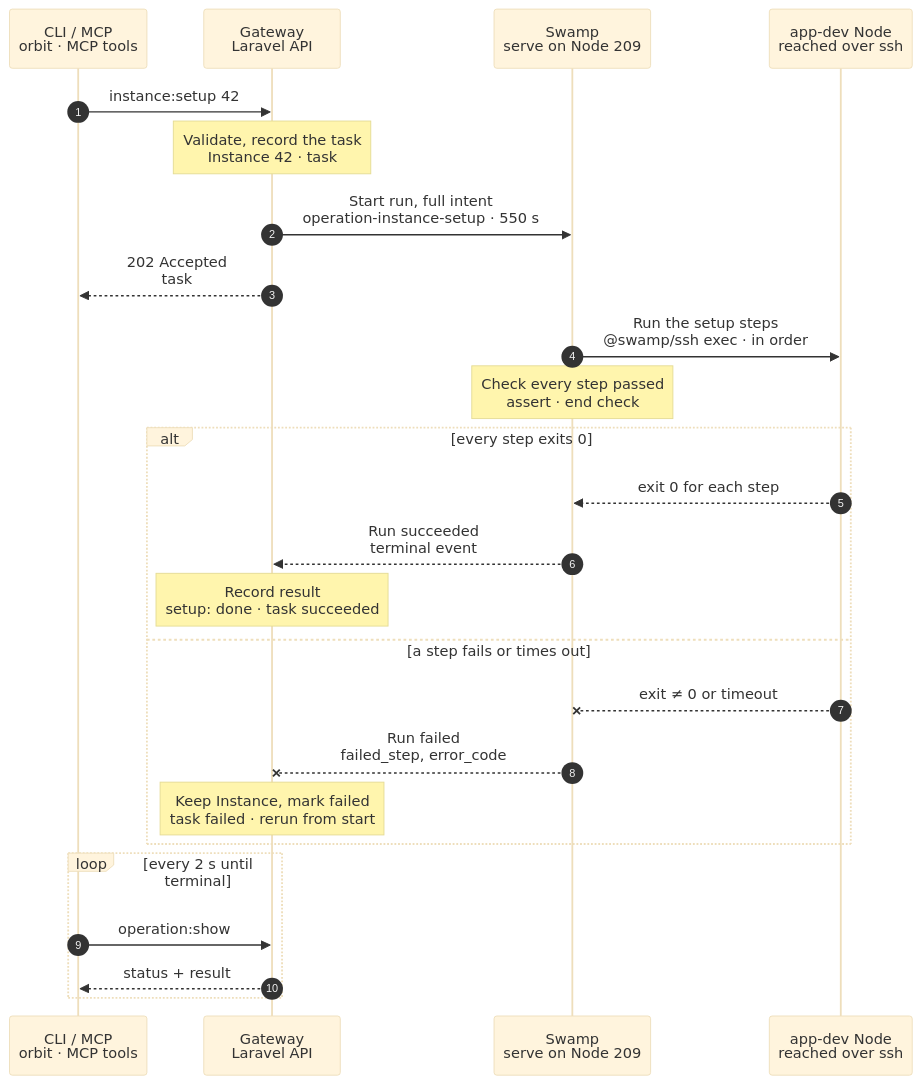
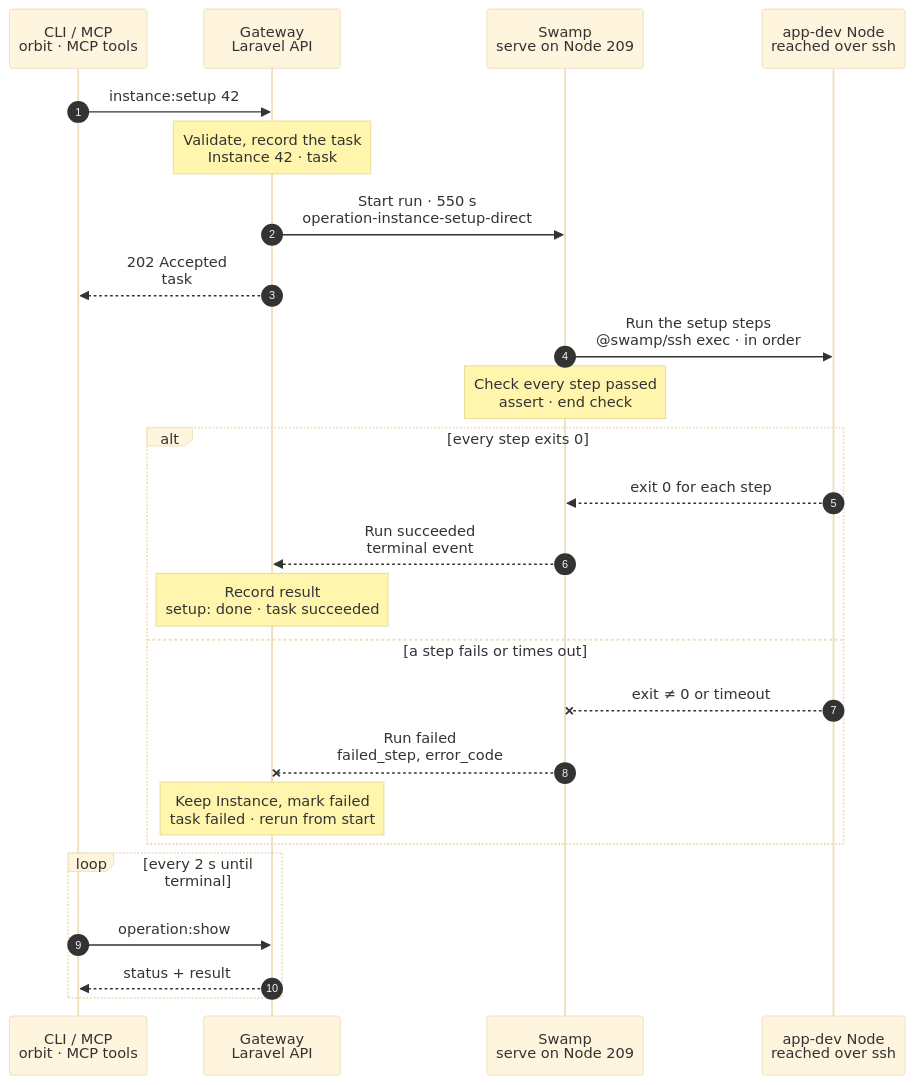
The diagram in docs/cli/instance/setup.mmd (hardimpactdev/orbit), drawn with Mermaid (base theme) before and after one commit. The commit also changed 56 other files, not shown here.

```diff
--- a/docs/cli/instance/setup.mmd
+++ b/docs/cli/instance/setup.mmd
@@ -1,114 +1,114 @@
 sequenceDiagram
   %% Target design: ADR 0244 task, R2-R4 (process.stop shape: 209, @swamp/ssh, full intent as inputs), DECISIONS instance.run_steps (commands as inputs, sudo -u intent account, terminal projection, no API reads). docs/reference/instance-setup.md.
   %% Tightened: flow-tighten 2026-11-02, rules 5, 14, 15, 22 (no script read, no checkout check, no report or assert step).
   %% status: migrated
   %% command: instance:setup
   %% kind: instance.run_steps
   autonumber
   %% lane CLI icon=terminal pill=caller tone=gray
   %% lane GW icon=gateway pill=intent tone=blue
   %% lane SW icon=workflow pill=executes tone=green
   %% lane N icon=server pill=target tone=amber
   participant CLI as CLI / MCP<br/>orbit · MCP tools
   participant GW as Gateway<br/>Laravel API
   participant SW as Swamp<br/>serve on Node 209
   participant N as app-dev Node<br/>reached over ssh
   CLI->>GW: instance:setup 42
   %%> Command:
   %%> - `orbit instance:setup 42`
   %%> - syntax: `instance:setup <instance> [--idempotency-key=KEY] [--json]`
   %%> Input:
   %%> - the numeric Instance ID
   %%> Who can call it:
   %%> - the `orbit` CLI and the MCP tool send the same request
   Note over GW: Validate, record the task<br/>Instance 42 · task #5133
   %%> Requirements:
   %%> - your Node has an access grant to Node 12, the Node of Instance 42
   %%> - Instance 42 is an active development Instance on an `app-dev` Node
   %%> - no other task holds Instance 42; the Gateway holds one lock per Instance and waits briefly for a busy one
   %%> Records:
   %%> - the Project's setup steps as they are now: names, commands, timeouts, and their digest
   %%> - a later change to the list does not change this task; start a new one to use it
   %%> Result:
   %%> - task #5133 recorded with the full intent
   %%> - nothing has happened on the Node yet
-  GW->>SW: Start run, full intent<br/>operation-instance-setup · 550 s
+  GW->>SW: Start run · 550 s<br/>operation-instance-setup-direct
   %%> What it does:
   %%> - starts one Swamp run on serve (Node 209)
   %%> Inputs:
   %%> - `kind`: instance.run_steps
   %%> - every step's name, command and timeout
   %%> - the checkout path, the Instance account and the Node's Vite+ store (`VP_HOME`)
   %%> - the seed: `ORBIT_SEED_PATH` and `ORBIT_SEED_COMMIT` of the `default` Instance on Node 12
   %%> - Node 12's address and SSH host keys; the SSH identity comes from the `swamp` role
   %%> Budget:
   %%> - 550 s for the whole list; the step timeouts add up to at most 540 s
   GW-->>CLI: 202 Accepted<br/>task #5133
   %%> What you get:
   %%> - the task number, at once
   %%> Next:
   %%> - the CLI follows the task with `operation:show`
   SW->>N: Run the setup steps<br/>@swamp/ssh exec · in order
   %%> How:
   %%> - Swamp reaches Node 12 over SSH from 209 with `@swamp/ssh`; nothing is copied to the Node
   %%> - one `@swamp/ssh exec` per setup step: `sudo -u <account> timeout <s> env -C <checkout> bash -euc <command>`, the same runner `instance:create` uses
   %%> - the checkout path comes from the Gateway's records; no step checks it first
   %%> What it does:
   %%> - runs each step's command in order with `bash -eu` from the repository root of the checkout, and stops at the first failure
   %%> - with `ORBIT_INSTANCE_ID`, `ORBIT_INSTANCE_NAME`, `ORBIT_SEED_PATH` and `ORBIT_SEED_COMMIT` set
   %%> Typical steps:
   %%> - `composer install`
   %%> - `vp install`
   %%> - `php artisan migrate`
   %%> Runs as:
   %%> - the Instance account from the intent, with `sudo -u`; not root
   %%> Limits:
   %%> - `timeout` stops the step's whole process group at its own timeout, so no command keeps running after it
   %%> Progress:
   %%> - one item per setup step, in order; the first failure stops the run with that step's exit code
   %%> Not kept:
   %%> - command text and stdout; only the exit code and a redacted stderr tail
   Note over SW: Check every step passed<br/>assert · end check
   %%> What it does:
   %%> - fails when any setup step failed; the Gateway reads the run's result from this step
   %%> Why:
   %%> - each step is one forEach item, so the run needs one named step that holds the outcome
   alt every step exits 0
     N-->>SW: exit 0 for each step
     %%> Returns:
     %%> - each step's exit code; that is the end state, so no other check runs
     SW-->>GW: Run succeeded<br/>terminal event
     %%> How the Gateway learns it:
     %%> - its shared run reader sees the terminal event and reads the run's outputs; Swamp never calls the Gateway
     Note over GW: Record result<br/>setup: done · task succeeded
     %%> Result:
     %%> - Instance 42's setup is recorded as done, and an earlier failed step is cleared
     %%> - task #5133 succeeds; an empty list also succeeds
   else a step fails or times out
     N--xSW: exit ≠ 0 or timeout
     %%> When:
     %%> - a command exits with an error or runs past its timeout
     %%> - exit 127 or 126: the command is missing or not executable
     %%> Effect:
     %%> - later steps do not run
     SW--xGW: Run failed<br/>failed_step, error_code
     %%> The Gateway reads:
     %%> - the failed step, its exit code and the redacted stderr tail
     %%> - the Gateway maps the exit code to the outcome: 127 or 126 is `missing`, a timeout is `deadline`, others are `failed`
     Note over GW: Keep Instance, mark failed<br/>task failed · rerun from start
     %%> Result:
     %%> - Instance 42 stays active; its setup is marked failed with the step name
     %%> - task #5133 fails with `instance.setup_step_failed`, or `instance.setup_step_unavailable` for a missing command
     %%> On the Node:
     %%> - what earlier steps did stays; there is no rollback and no teardown
     %%> Retry:
     %%> - fix the cause and run `instance:setup` again; it starts at the first step, so steps should converge
   end
   loop every 2 s until terminal
     CLI->>GW: operation:show #5133
     %%> What it does:
     %%> - asks for the task's status every 2 seconds until it has ended
     GW-->>CLI: status + result
     %%> Returns:
     %%> - the current status, and the result once the task has ended
   end
```
